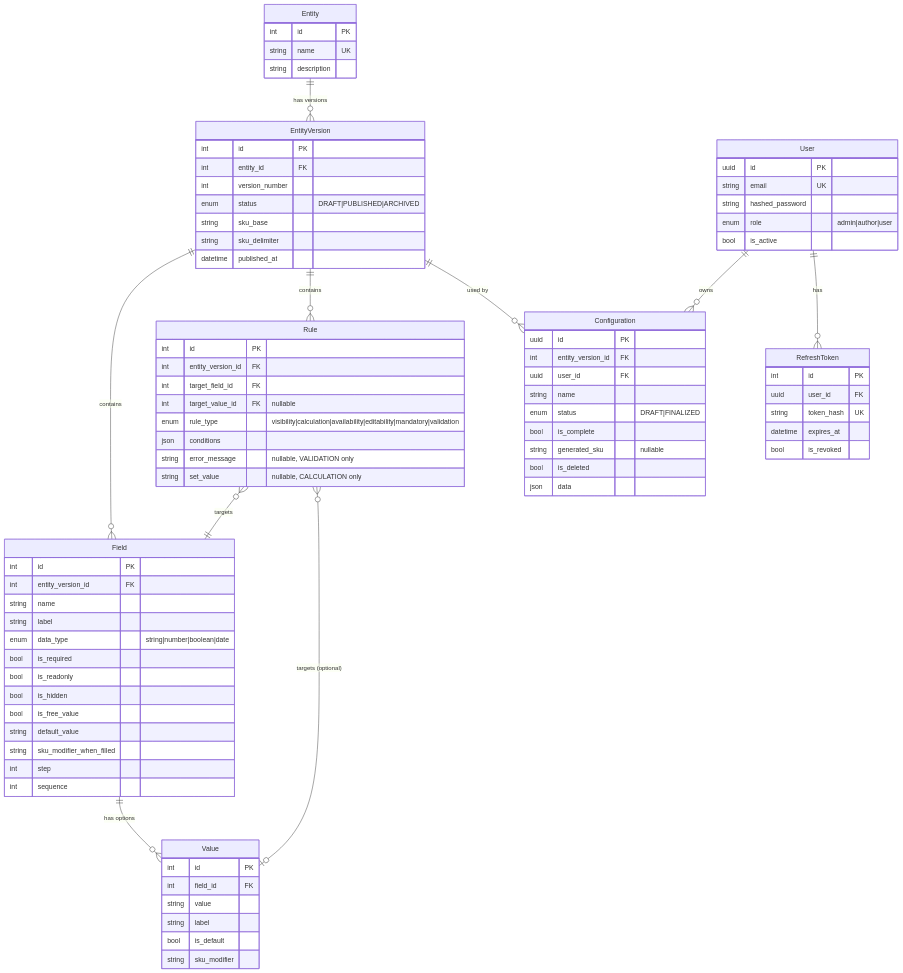
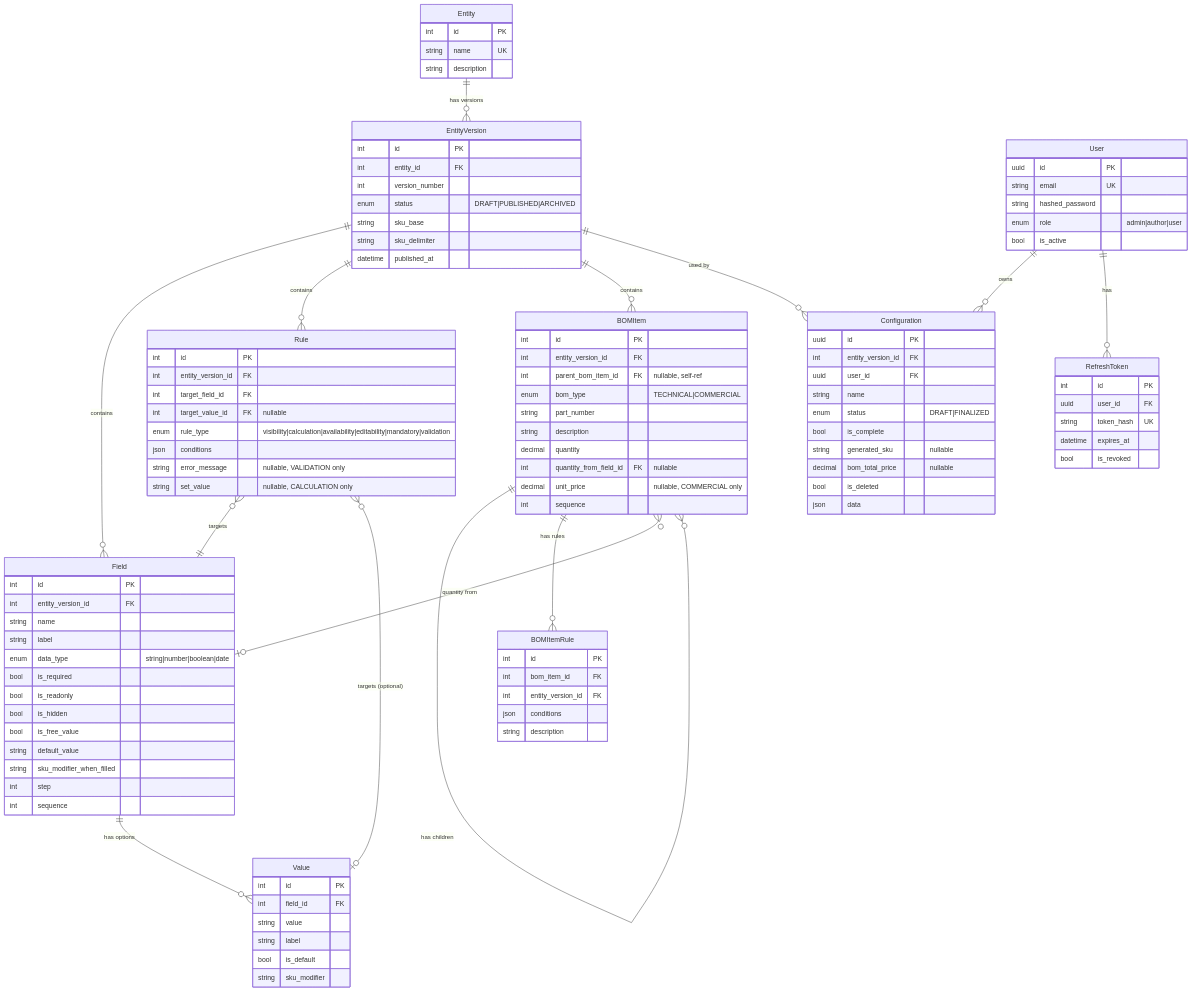
The first of 4 diagrams in README.md (matteop3/rule_engine), drawn with Mermaid before and after one commit. The commit also changed other lines of this file and 36 other files, not shown here.

Commit message:
Add BOM (Bill of Materials) generation with conditional inclusion, hierarchical technical/flat commercial BOMs, and configuration price tracking

```diff
--- a/README.md
+++ b/README.md
@@ -264,10 +273,14 @@
     Entity ||--o{ EntityVersion : "has versions"
     EntityVersion ||--o{ Field : "contains"
     EntityVersion ||--o{ Rule : "contains"
+    EntityVersion ||--o{ BOMItem : "contains"
     EntityVersion ||--o{ Configuration : "used by"
     Field ||--o{ Value : "has options"
     Rule }o--|| Field : "targets"
     Rule }o--o| Value : "targets (optional)"
+    BOMItem ||--o{ BOMItem : "has children"
+    BOMItem ||--o{ BOMItemRule : "has rules"
+    BOMItem }o--o| Field : "quantity from"
     User ||--o{ Configuration : "owns"
     User ||--o{ RefreshToken : "has"
 
@@ -323,6 +336,27 @@
         string set_value "nullable, CALCULATION only"
     }
 
+    BOMItem {
+        int id PK
+        int entity_version_id FK
+        int parent_bom_item_id FK "nullable, self-ref"
+        enum bom_type "TECHNICAL|COMMERCIAL"
+        string part_number
+        string description
+        decimal quantity
+        int quantity_from_field_id FK "nullable"
+        decimal unit_price "nullable, COMMERCIAL only"
+        int sequence
+    }
+
+    BOMItemRule {
+        int id PK
+        int bom_item_id FK
+        int entity_version_id FK
+        json conditions
+        string description
+    }
+
     Configuration {
         uuid id PK
         int entity_version_id FK
@@ -331,6 +365,7 @@
         enum status "DRAFT|FINALIZED"
         bool is_complete
         string generated_sku "nullable"
+        decimal bom_total_price "nullable"
         bool is_deleted
         json data
     }
```
